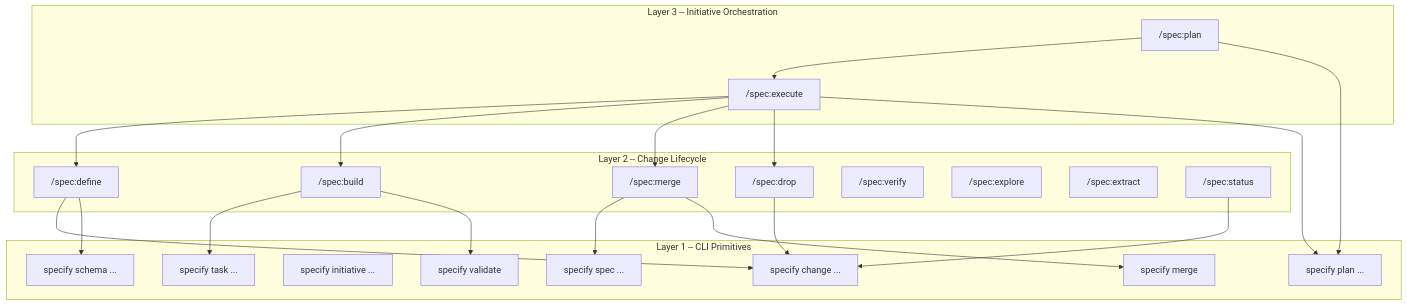
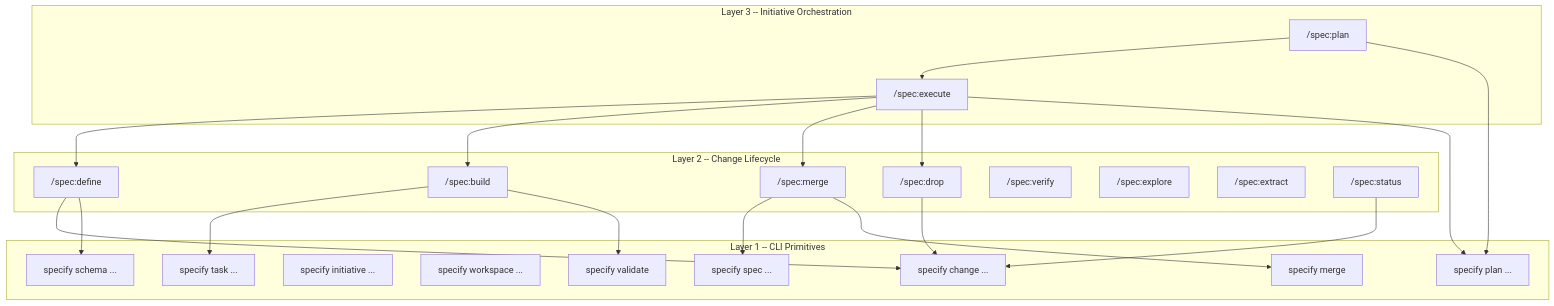
The diagram in docs/orientation/three-layer-stack.md (augentic/anvil), drawn with Mermaid before and after one commit. The commit also changed other lines of this file and 28 other files, not shown here.

````diff
--- a/docs/orientation/three-layer-stack.md
+++ b/docs/orientation/three-layer-stack.md
@@ -5,46 +5,47 @@
 ```mermaid
 graph TB
     subgraph layer3 [Layer 3 -- Initiative Orchestration]
         plan["/spec:plan"]
         execute["/spec:execute"]
     end
 
     subgraph layer2 [Layer 2 -- Change Lifecycle]
         define["/spec:define"]
         build["/spec:build"]
         mergeSkill["/spec:merge"]
         drop["/spec:drop"]
         verify["/spec:verify"]
         explore["/spec:explore"]
         extract["/spec:extract"]
         status["/spec:status"]
     end
 
     subgraph layer1 [Layer 1 -- CLI Primitives]
         changeCli["specify change ..."]
         planCli["specify plan ..."]
         initCli["specify initiative ..."]
+        workspaceCli["specify workspace ..."]
         schemaCli["specify schema ..."]
         specCli["specify spec ..."]
         validateCli["specify validate"]
         taskCli["specify task ..."]
         mergeCli["specify merge"]
     end
 
     plan --> execute
     execute --> define
     execute --> build
     execute --> mergeSkill
     execute --> drop
 
     define --> changeCli
     define --> schemaCli
     build --> taskCli
     build --> validateCli
     mergeSkill --> specCli
     mergeSkill --> mergeCli
     drop --> changeCli
     status --> changeCli
     plan --> planCli
     execute --> planCli
 ```
````
